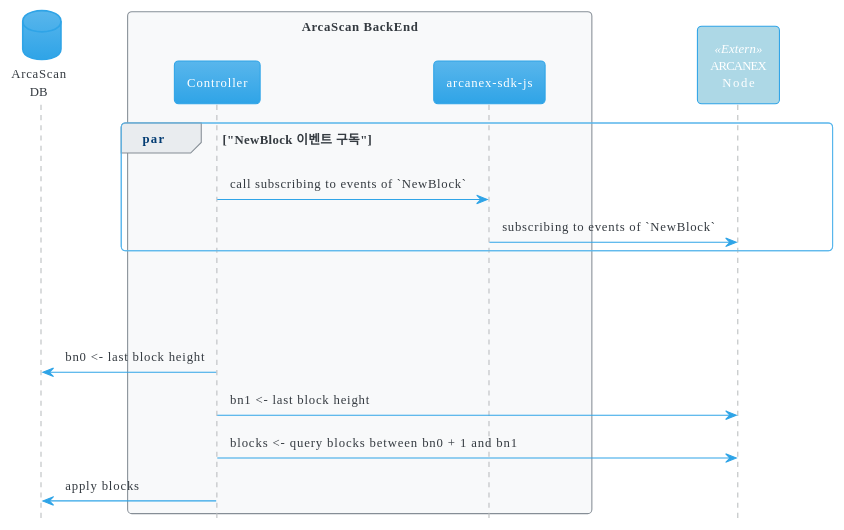
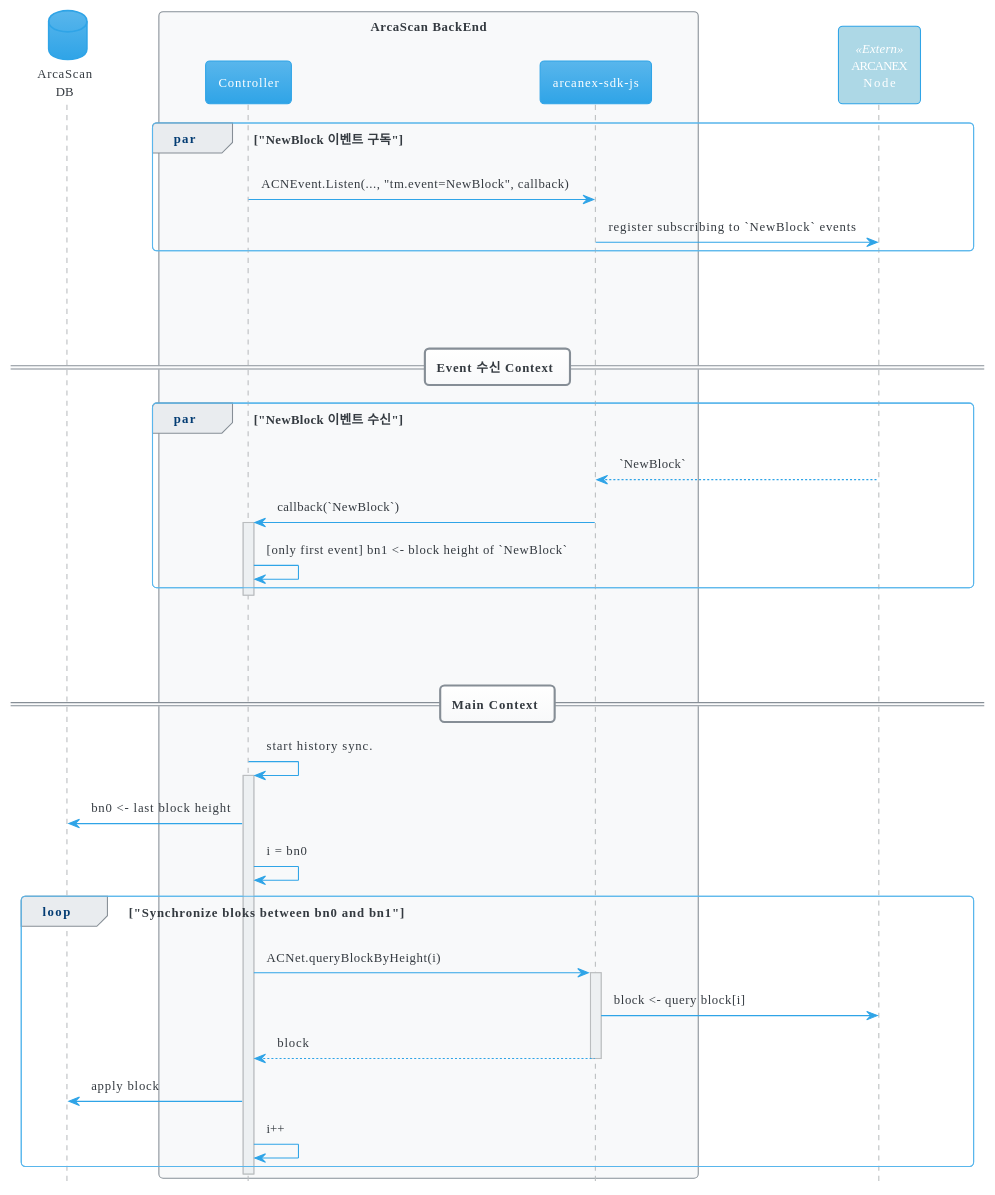
One commit to rigochain/rigo-sdk-js changed the third of 3 diagrams in documents/docs/examples/explorer/srs.md. Above: the diagram before and after it, drawn with PlantUML. The commit also changed other lines of this file and 2 other files, not shown here.

````diff
--- a/documents/docs/examples/explorer/srs.md
+++ b/documents/docs/examples/explorer/srs.md
@@ -167,31 +185,53 @@
 ```plantuml
 @startuml
 
 !theme cerulean
 hide footbox
 skinparam ArrowThickness 1
 skinparam BackgroundColor white
 skinparam participant<<Extern>> {
   BackgroundColor lightblue
 }
 
 database "ArcaScan\nDB" as db
 box "ArcaScan BackEnd"
 participant "Controller" as be
 participant "arcanex-sdk-js" as sdk
 end box
 participant "ARCANEX\nNode" as node<<Extern>>
 
 par "NewBlock 이벤트 구독"
-be -> sdk: call subscribing to events of `NewBlock`
-sdk -> node: subscribing to events of `NewBlock`
+be -> sdk: ACNEvent.Listen(..., "tm.event=NewBlock", callback)
+sdk -> node: register subscribing to `NewBlock` events
 end
 |||
 |||
 |||
-be -> db: bn0 <- last block height
-be -> node: bn1 <- last block height
-be -> node: blocks <- query blocks between bn0 + 1 and bn1
-be -> db: apply blocks
+== Event 수신 Context ==
+par "NewBlock 이벤트 수신"
+    node ---> sdk: `NewBlock`
+    sdk -> be: callback(`NewBlock`)
+    activate be
+        be -> be : [only first event] bn1 <- block height of `NewBlock` 
+end par
+    deactivate
+|||
+|||
+|||
+== Main Context ==
+be -> be: start history sync.
+activate be
+    be -> db: bn0 <- last block height
+    be -> be: i = bn0
+    loop "Synchronize bloks between bn0 and bn1"
+        be -> sdk: ACNet.queryBlockByHeight(i)
+        activate sdk
+            sdk -> node: block <- query block[i]
+        return block
+        be -> db: apply block
+    be -> be: i++
+    end loop
+deactivate be
+
 @enduml
 ```
````
